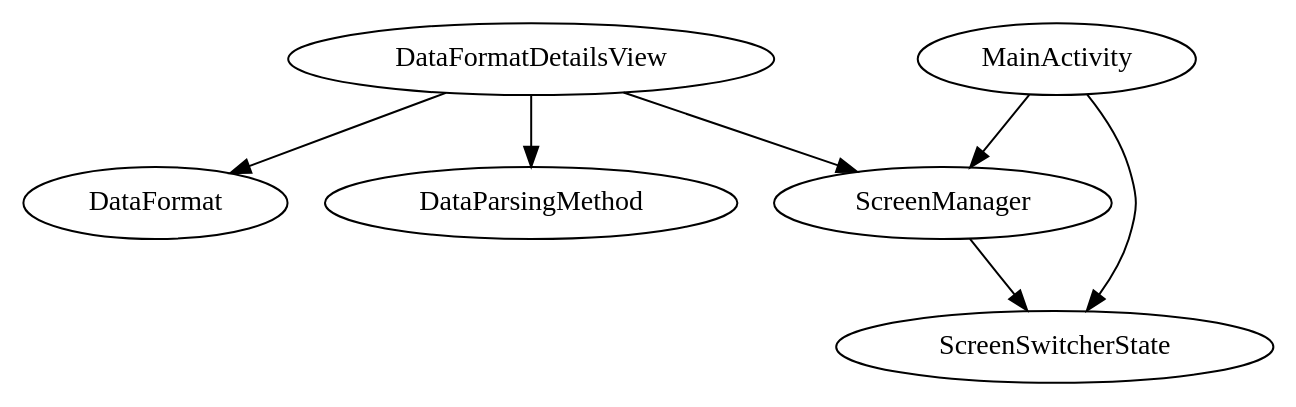
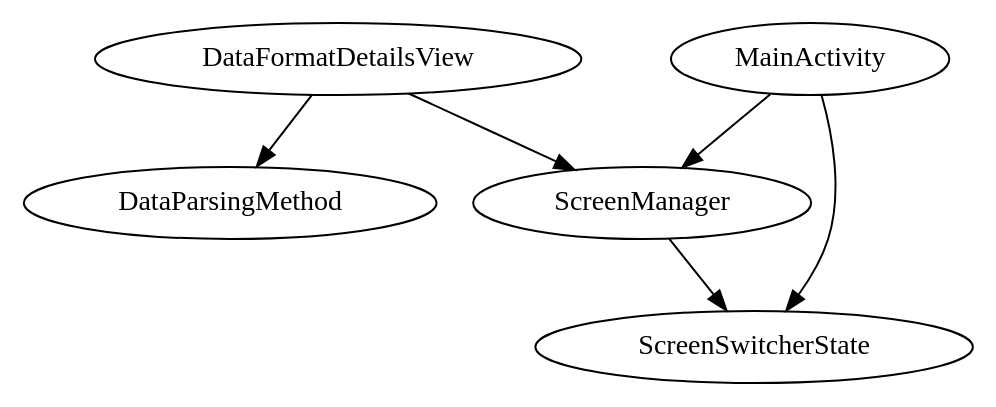
The diagram in app/build/generated/source/apt/debug/com/benjaminwicks/structureddatademo/dataFormatDetails/DataFormatDetailsModule.dot (benwicks/structured-data-demo), drawn with Graphviz before and after one commit. The commit also changed 150 other files, not shown here.

Commit message:
Update DataFormat and DataParsingMethod enums Make parsing_method_list_item a merge tag Cleanup gitignore again

```diff
--- a/app/build/generated/source/apt/debug/com/benjaminwicks/structureddatademo/dataFormatDetails/DataFormatDetailsModule.dot
+++ b/app/build/generated/source/apt/debug/com/benjaminwicks/structureddatademo/dataFormatDetails/DataFormatDetailsModule.dot
@@ -1,9 +1,8 @@
 digraph G1 {
   concentrate = true;
   DataFormatDetailsView -> ScreenManager;
-  DataFormatDetailsView -> DataFormat;
   DataFormatDetailsView -> DataParsingMethod;
   MainActivity -> ScreenManager;
   MainActivity -> ScreenSwitcherState;
   ScreenManager -> ScreenSwitcherState;
 }
```
